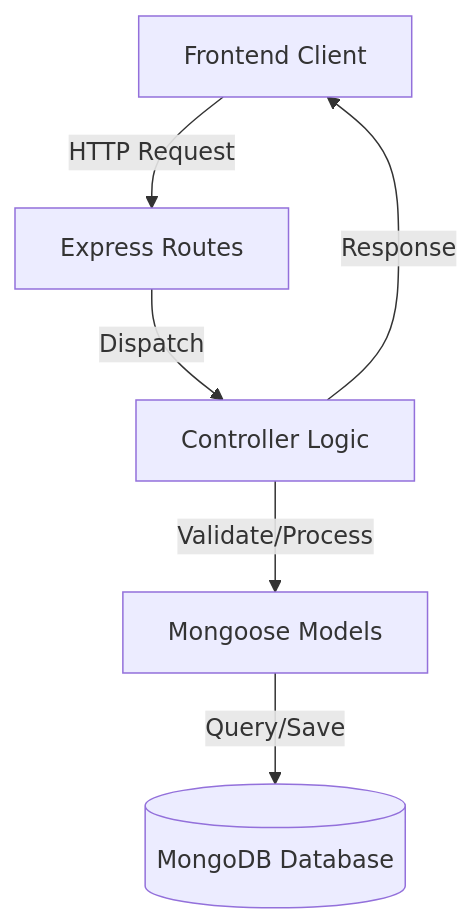
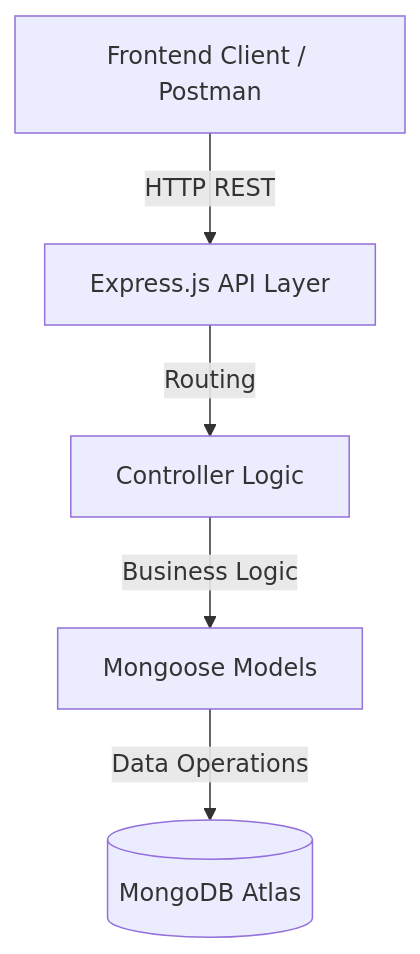
Before and after one commit to Shrutishri1001/replate-backend: the diagram in README.md, drawn with Mermaid. The commit also changed other lines of this file, not shown here.

````diff
--- a/README.md
+++ b/README.md
@@ -26,8 +15,7 @@
 ```mermaid
 graph TD
-    Client[Frontend Client] -->|HTTP Request| Route[Express Routes]
-    Route -->|Dispatch| Controller[Controller Logic]
-    Controller -->|Validate/Process| Model[Mongoose Models]
-    Model -->|Query/Save| DB[(MongoDB Database)]
-    Controller -->|Response| Client
+    Client[Frontend Client / Postman] -->|HTTP REST| API[Express.js API Layer]
+    API -->|Routing| Controllers[Controller Logic]
+    Controllers -->|Business Logic| Models[Mongoose Models]
+    Models -->|Data Operations| DB[(MongoDB Atlas)]
 ```
````
